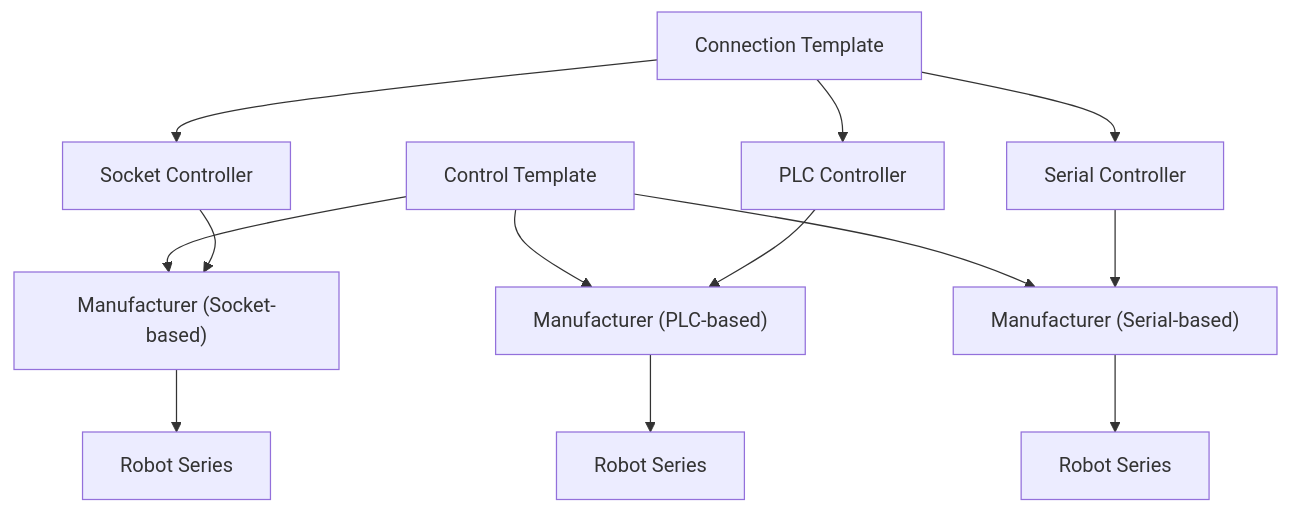
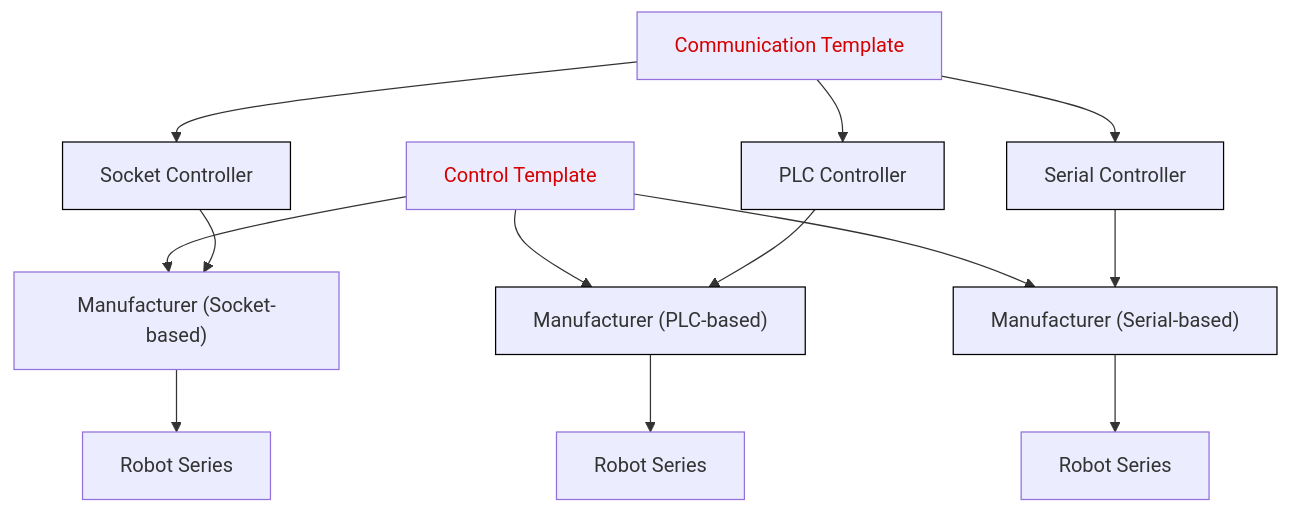
The diagram in README.md (MGross21/armctl), drawn with Mermaid before and after one commit.

Commit message:
Fix connection to communication. Update coloring for clarity

````diff
--- a/README.md
+++ b/README.md
@@ -153,41 +153,18 @@
 ```mermaid
 flowchart TD
-    %% Templates
-    ConnTemplate["Connection Template"]
-    CtrlTemplate["Control Template"]
-
-    %% Controller Implementations
-    SocketController["Socket Controller"]
-    PLCController["PLC Controller"]
-    SerialController["Serial Controller"]
-
-    %% Manufacturers
-    Manufacturer1["Manufacturer (Socket-based)"]
-    Manufacturer2["Manufacturer (PLC-based)"]
-    Manufacturer3["Manufacturer (Serial-based)"]
-
-    %% Robot Series
-    Series1["Robot Series"]
-    Series2["Robot Series"]
-    Series3["Robot Series"]
-
-    %% Connection Template to Controllers
-    ConnTemplate --> SocketController
-    ConnTemplate --> PLCController
-    ConnTemplate --> SerialController
-
-    %% Control Template to Manufacturers
-    CtrlTemplate --> Manufacturer1
-    CtrlTemplate --> Manufacturer2
-    CtrlTemplate --> Manufacturer3
-
-    %% Controllers to Manufacturers
+    CommTemplate["Communication Template"] --> SocketController["Socket Controller"] & PLCController["PLC Controller"] & SerialController["Serial Controller"]
+    CtrlTemplate["Control Template"] --> Manufacturer1["Manufacturer (Socket-based)"] & Manufacturer2["Manufacturer (PLC-based)"] & Manufacturer3["Manufacturer (Serial-based)"]
     SocketController --> Manufacturer1
     PLCController --> Manufacturer2
     SerialController --> Manufacturer3
-
-    %% Manufacturers to Series
-    Manufacturer1 --> Series1
-    Manufacturer2 --> Series2
-    Manufacturer3 --> Series3
+    Manufacturer2 --> Series2["Robot Series"]
+    Manufacturer3 --> Series3["Robot Series"]
+    Manufacturer1 --> n3["Robot Series"]
+    style CommTemplate color:#D50000
+    style SocketController stroke:#000000
+    style PLCController stroke:#000000
+    style SerialController stroke:#000000
+    style CtrlTemplate color:#D50000
+    style Manufacturer2 stroke:#000000
+    style Manufacturer3 stroke:#000000
 ```
````
